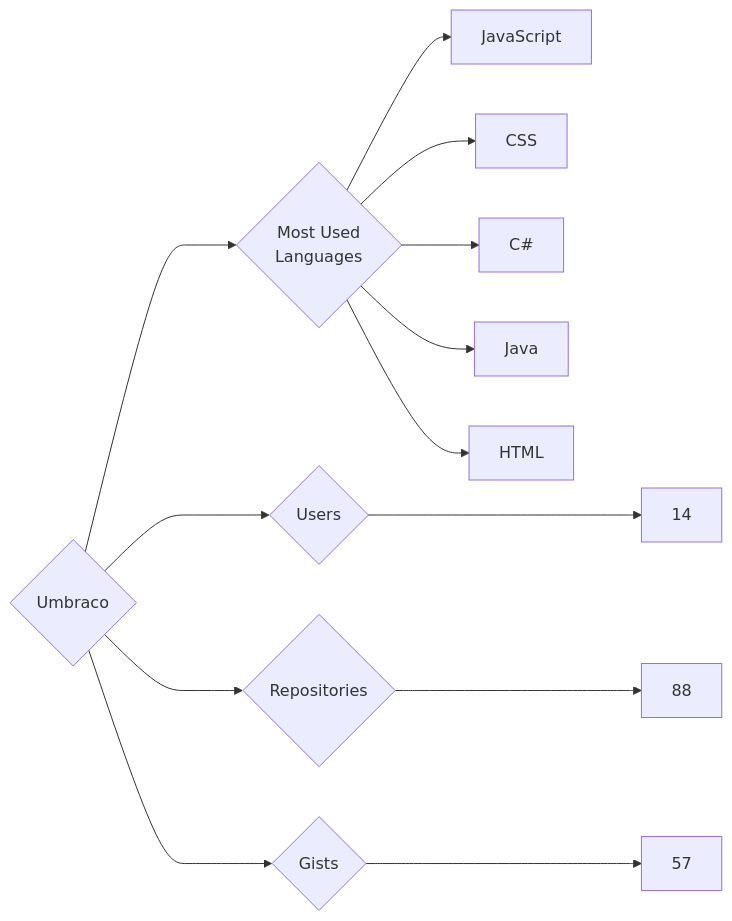
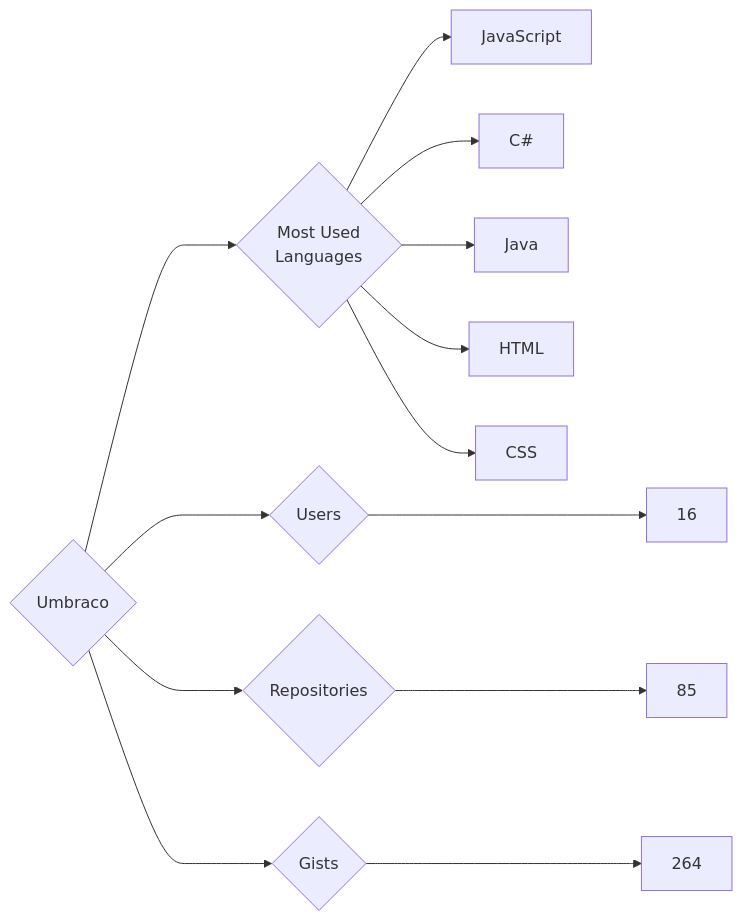
One commit to trickest/insiders changed the diagram in targets/Umbraco/README.md. Above: the diagram before and after it, drawn with Mermaid. The commit also changed 748 other files, not shown here.

````diff
--- a/targets/Umbraco/README.md
+++ b/targets/Umbraco/README.md
@@ -3,13 +3,13 @@
 ```mermaid
 graph LR
 COMPANY_NAME{Umbraco}
-COMPANY_NAME ---> U{Users} ---> UN[14]
-COMPANY_NAME ---> R{Repositories} ---> RN[88]
-COMPANY_NAME ---> G{Gists} ---> GN[57]
+COMPANY_NAME ---> U{Users} ---> UN[16]
+COMPANY_NAME ---> R{Repositories} ---> RN[85]
+COMPANY_NAME ---> G{Gists} ---> GN[264]
 COMPANY_NAME ---> ML{Most Used<br>Languages}
 ML --> JavaScript[JavaScript]
-ML --> CSS[CSS]
 ML --> C#[C#]
 ML --> Java[Java]
 ML --> HTML[HTML]
+ML --> CSS[CSS]
 ```
````
